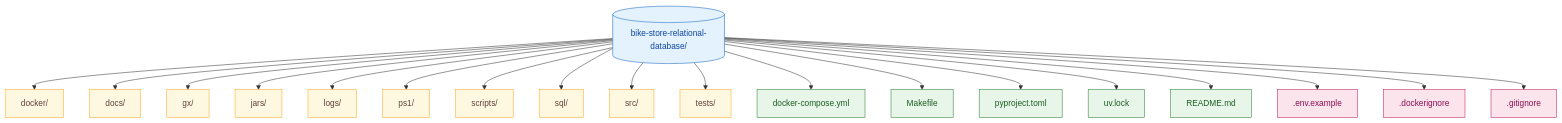
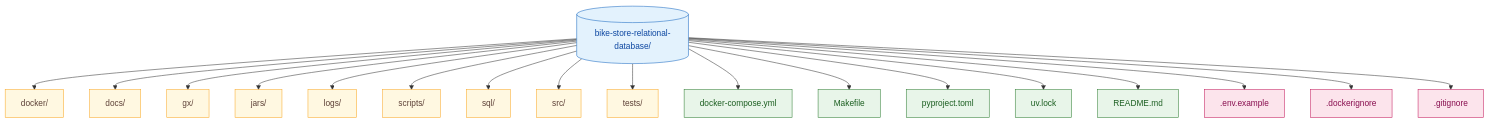
Before and after one commit to Nitinx12/Bike-Store-Relational-Database: the diagram in docs/project_structure.md, drawn with Mermaid. The commit also changed other lines of this file, not shown here.

````diff
--- a/docs/project_structure.md
+++ b/docs/project_structure.md
@@ -9,29 +9,28 @@
 ```mermaid
 flowchart TD
     classDef root fill:#e3f2fd,stroke:#1565c0,color:#0d47a1
     classDef folder fill:#fff8e1,stroke:#f9a825,color:#5d4037
     classDef config fill:#e8f5e9,stroke:#2e7d32,color:#1b5e20
     classDef hidden fill:#fce4ec,stroke:#c2185b,color:#880e4f
 
     ROOT[("bike-store-relational-database/")]:::root
 
     ROOT --> A["docker/"]:::folder
     ROOT --> B["docs/"]:::folder
     ROOT --> C["gx/"]:::folder
     ROOT --> D["jars/"]:::folder
     ROOT --> E["logs/"]:::folder
-    ROOT --> F["ps1/"]:::folder
     ROOT --> G["scripts/"]:::folder
     ROOT --> H["sql/"]:::folder
     ROOT --> I["src/"]:::folder
     ROOT --> J["tests/"]:::folder
 
     ROOT --> K["docker-compose.yml"]:::config
     ROOT --> L["Makefile"]:::config
     ROOT --> M["pyproject.toml"]:::config
     ROOT --> N["uv.lock"]:::config
     ROOT --> O["README.md"]:::config
     ROOT --> P[".env.example"]:::hidden
     ROOT --> Q[".dockerignore"]:::hidden
     ROOT --> R[".gitignore"]:::hidden
 ```
````
